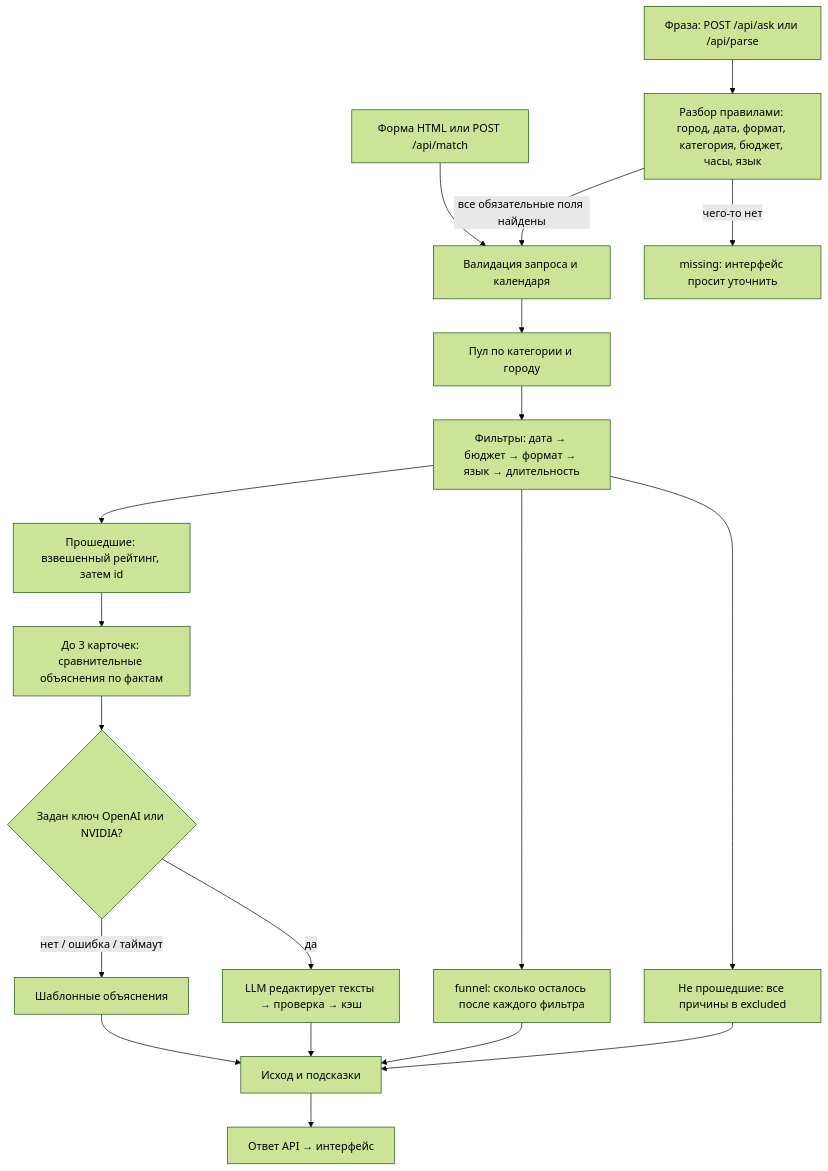
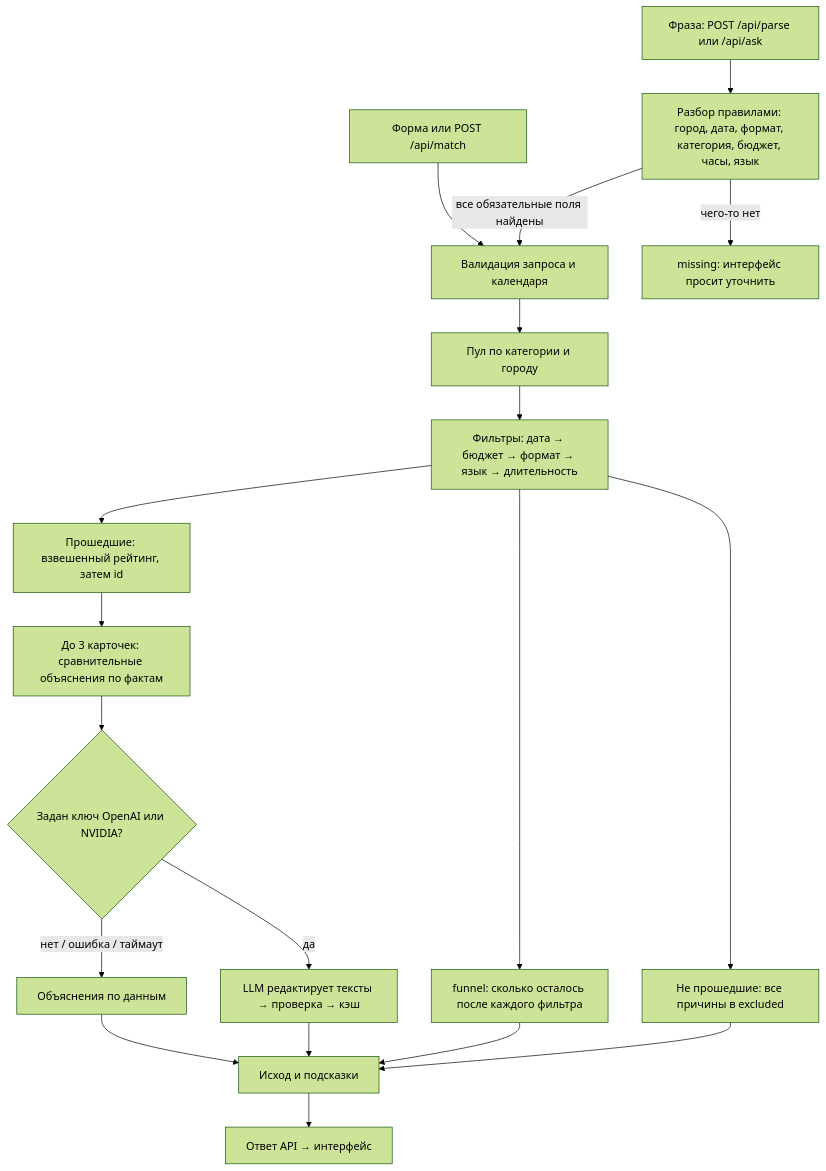
One commit to BAITC-Hacks/hack-774a9321-beyonder changed the diagram in README.md. Above: the diagram before and after it, drawn with Mermaid (forest theme). The commit also changed other lines of this file and 2 other files, not shown here.

````diff
--- a/README.md
+++ b/README.md
@@ -73,21 +140,21 @@
 ```mermaid
 flowchart TD
-  T[Фраза: POST /api/ask или /api/parse] --> P[Разбор правилами: город, дата, формат, категория, бюджет, часы, язык]
+  T[Фраза: POST /api/parse или /api/ask] --> P[Разбор правилами: город, дата, формат, категория, бюджет, часы, язык]
   P -->|все обязательные поля найдены| B
   P -->|чего-то нет| MS[missing: интерфейс просит уточнить]
-  A[Форма HTML или POST /api/match] --> B[Валидация запроса и календаря]
+  A[Форма или POST /api/match] --> B[Валидация запроса и календаря]
   B --> C[Пул по категории и городу]
   C --> D[Фильтры: дата → бюджет → формат → язык → длительность]
   D --> FN[funnel: сколько осталось после каждого фильтра]
   D --> E[Прошедшие: взвешенный рейтинг, затем id]
   D --> F[Не прошедшие: все причины в excluded]
   E --> G[До 3 карточек: сравнительные объяснения по фактам]
   G --> L{Задан ключ OpenAI или NVIDIA?}
   L -- да --> LLM[LLM редактирует тексты → проверка → кэш]
-  L -- нет / ошибка / таймаут --> N[Шаблонные объяснения]
+  L -- нет / ошибка / таймаут --> N[Объяснения по данным]
   F --> H[Исход и подсказки]
   FN --> H
   LLM --> H
   N --> H
   H --> I[Ответ API → интерфейс]
 ```
````
